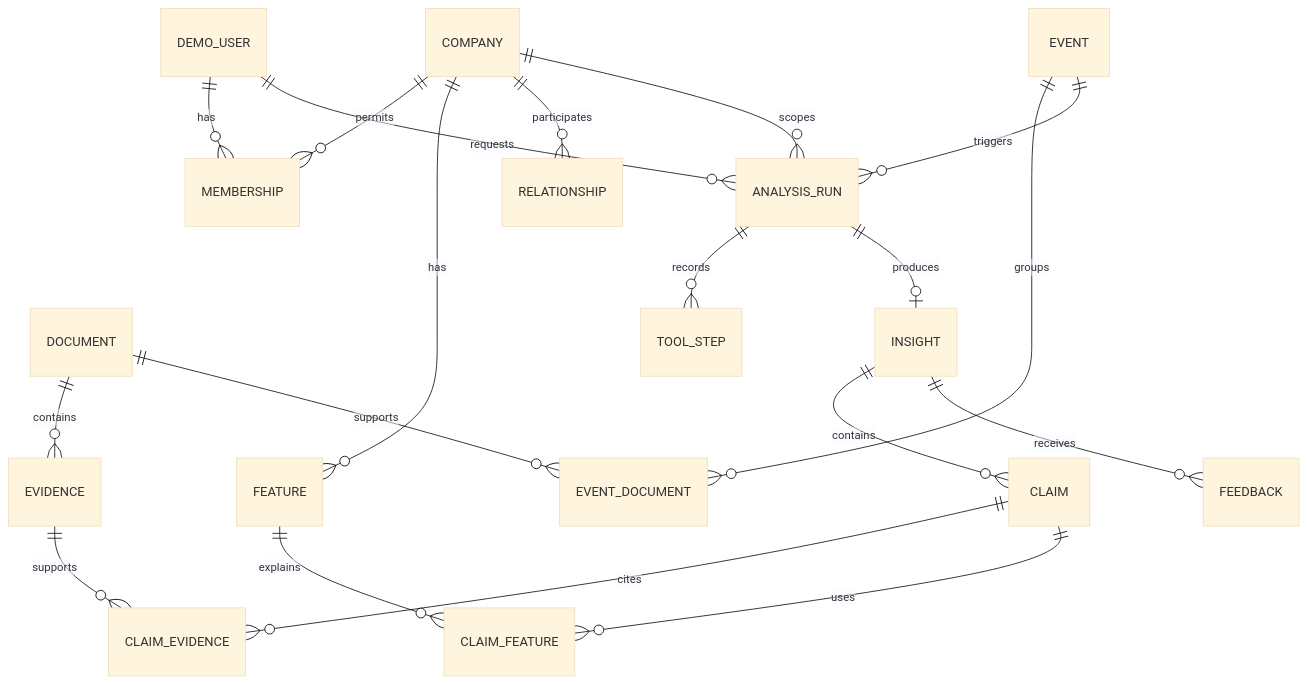
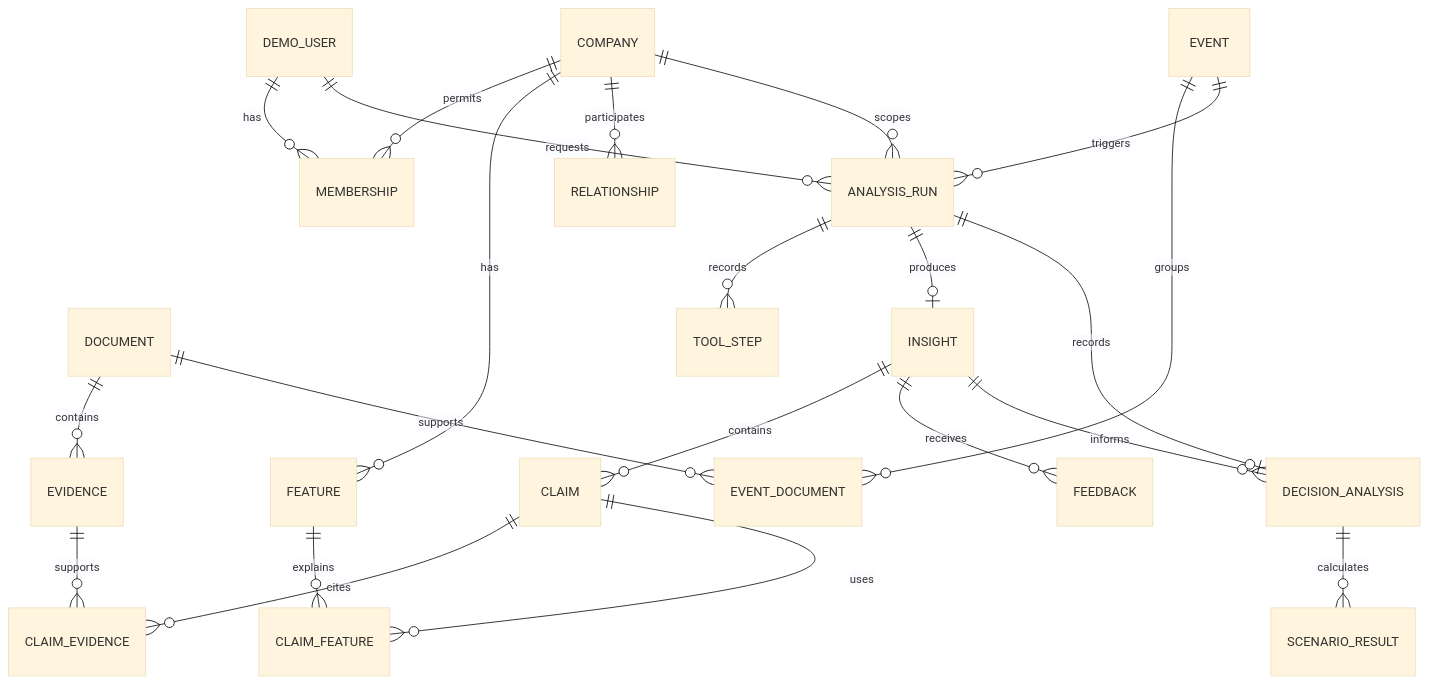
One commit to jwilliamn/alfacase changed the fifth of 6 diagrams in docs/ARCHITECTURE.md. Above: the diagram before and after it, drawn with Mermaid (base theme). The commit also changed other lines of this file and 2 other files, not shown here.

Commit message:
docs: add decision intelligence and retrieval strategy

````diff
--- a/docs/ARCHITECTURE.md
+++ b/docs/ARCHITECTURE.md
@@ -177,21 +218,24 @@
 ```mermaid
 erDiagram
     DEMO_USER ||--o{ MEMBERSHIP : has
     COMPANY ||--o{ MEMBERSHIP : permits
     COMPANY ||--o{ FEATURE : has
     COMPANY ||--o{ RELATIONSHIP : participates
     DOCUMENT ||--o{ EVIDENCE : contains
     EVENT ||--o{ EVENT_DOCUMENT : groups
     DOCUMENT ||--o{ EVENT_DOCUMENT : supports
     COMPANY ||--o{ ANALYSIS_RUN : scopes
     EVENT ||--o{ ANALYSIS_RUN : triggers
     DEMO_USER ||--o{ ANALYSIS_RUN : requests
     ANALYSIS_RUN ||--o{ TOOL_STEP : records
     ANALYSIS_RUN ||--o| INSIGHT : produces
     INSIGHT ||--o{ CLAIM : contains
     CLAIM ||--o{ CLAIM_EVIDENCE : cites
     EVIDENCE ||--o{ CLAIM_EVIDENCE : supports
     CLAIM ||--o{ CLAIM_FEATURE : uses
     FEATURE ||--o{ CLAIM_FEATURE : explains
     INSIGHT ||--o{ FEEDBACK : receives
+    INSIGHT ||--o{ DECISION_ANALYSIS : informs
+    ANALYSIS_RUN ||--o| DECISION_ANALYSIS : records
+    DECISION_ANALYSIS ||--o{ SCENARIO_RESULT : calculates
 ```
````
